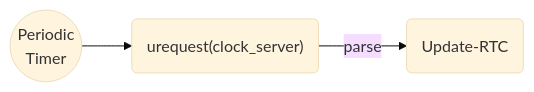
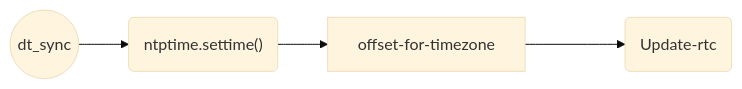
Before and after one commit to Trappy-Scopes/pico-incubator: the eighth of 11 diagrams in README.md, drawn with Mermaid (base theme). The commit also changed other lines of this file and 35 other files, not shown here.

````diff
--- a/README.md
+++ b/README.md
@@ -117,4 +194,4 @@
-```mermaid
-graph LR
-	RTim1((Periodic<br>Timer)) --> ureq("urequest(clock_server)") --parse--> urtc("Update-RTC")
-```
+   ```mermaid
+   graph LR
+   	RTim1((dt_sync)) --> ureq("ntptime.settime()") --> offset-for-timezone ---> urtc("Update-rtc")
+   ```
````
